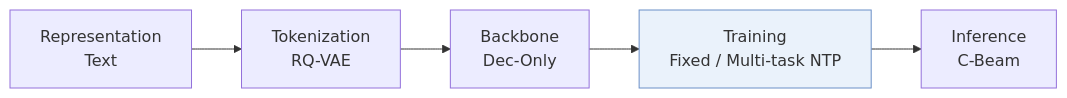
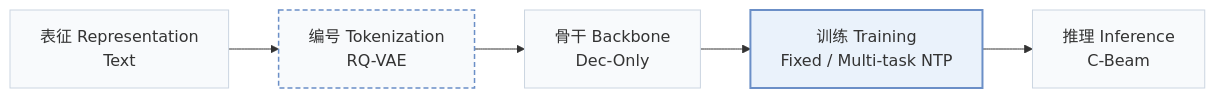
The first of 3 diagrams in pages/zh/papers/lc-rec.md (Galaxy-ghost/Awesome-SID-Generative-Rec), drawn with Mermaid before and after one commit. The commit also changed other lines of this file and 649 other files, not shown here.

Commit message:
writer-05: also tags and modality index (schema, check, build, visuals); summary field removed; calibration data for 12 papers

````diff
--- a/pages/zh/papers/lc-rec.md
+++ b/pages/zh/papers/lc-rec.md
@@ -13,6 +15,10 @@
 ```mermaid
 flowchart LR
-    R["Representation<br/>Text"] --> T["Tokenization<br/>RQ-VAE"] --> B["Backbone<br/>Dec-Only"] --> TR["Training<br/>Fixed / Multi-task NTP"] --> I["Inference<br/>C-Beam"]
-    classDef main fill:#eaf2fb,stroke:#6b8fc7
+    R["表征 Representation<br/>Text"] --> T["编号 Tokenization<br/>RQ-VAE"] --> B["骨干 Backbone<br/>Dec-Only"] --> TR["训练 Training<br/>Fixed / Multi-task NTP"] --> I["推理 Inference<br/>C-Beam"]
+    classDef base fill:#f8fafc,stroke:#cbd5e1
+    class R,T,B,TR,I base
+    classDef also fill:#f8fafc,stroke:#6b8fc7,stroke-width:1.5px,stroke-dasharray:5 3
+    class T also
+    classDef main fill:#eaf2fb,stroke:#6b8fc7,stroke-width:2px
     class TR main
 ```
````
